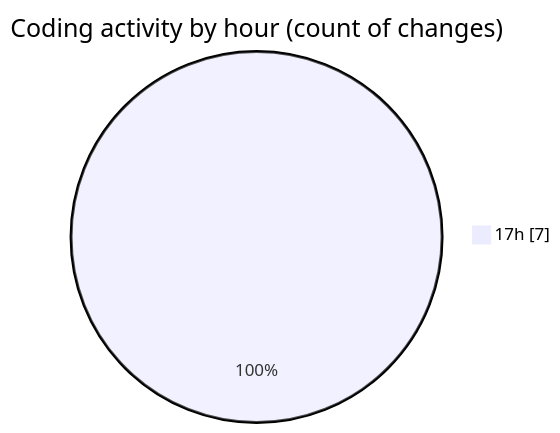
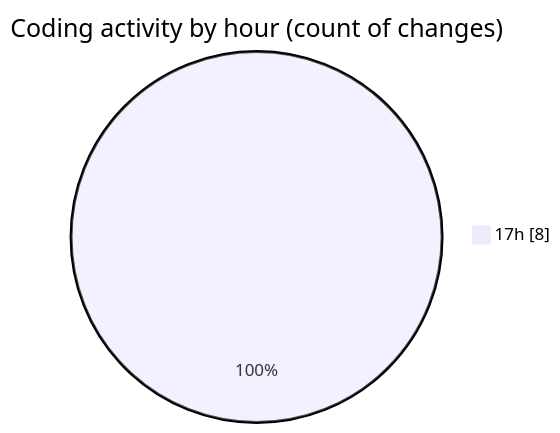
The second of 2 diagrams in 2025-12-21/technologie_web/README.md (hasnaa123/code-tracking), drawn with Mermaid before and after one commit. The commit also changed other lines of this file and 1 other file, not shown here.

````diff
--- a/2025-12-21/technologie_web/README.md
+++ b/2025-12-21/technologie_web/README.md
@@ -29,5 +30,5 @@
 ```mermaid
 pie showData
 title Coding activity by hour (count of changes)
-"17h" : 7
+"17h" : 8
 ```
````
